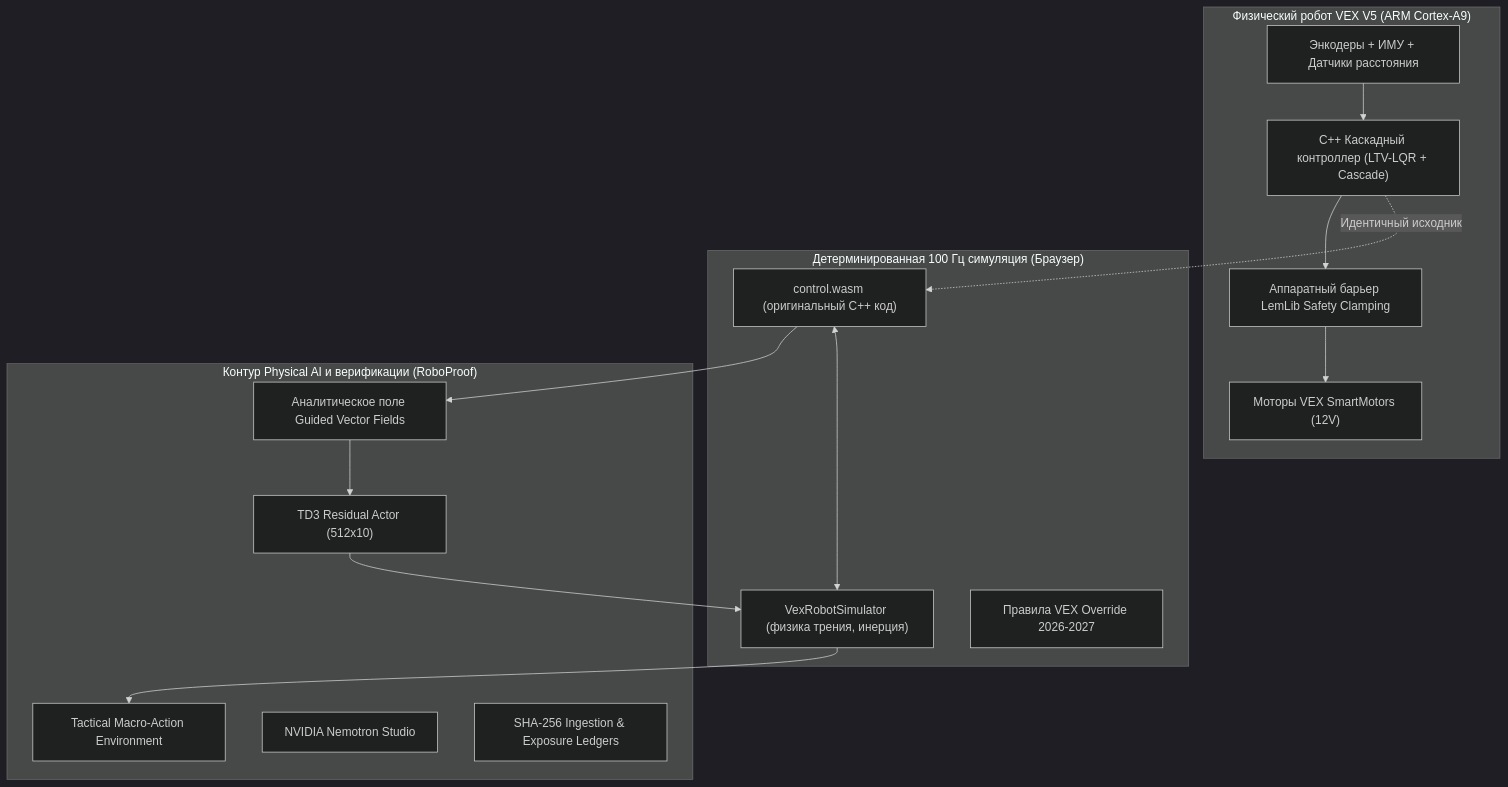
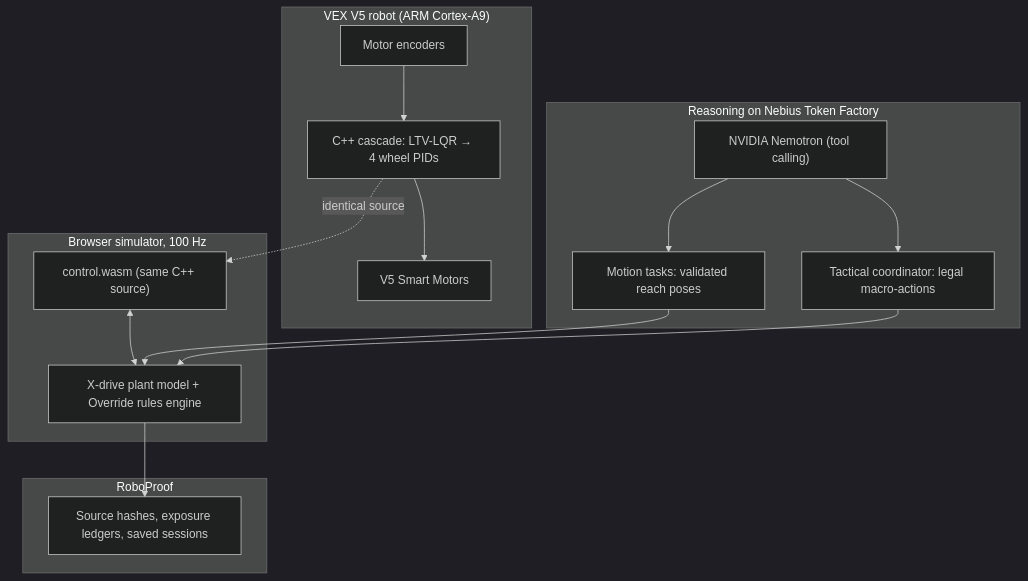
Before and after one commit to zhonibek/Nationals: the diagram in HACKATHON_POST.md, drawn with Mermaid (dark theme). The commit also changed other lines of this file and 12 other files, not shown here.

````diff
--- a/HACKATHON_POST.md
+++ b/HACKATHON_POST.md
@@ -24,31 +30,32 @@
 ```mermaid
 graph TD
-    subgraph RealRobot["Физический робот VEX V5 (ARM Cortex-A9)"]
-        Sensors["Энкодеры + ИМУ + Датчики расстояния"]
-        CppCore["C++ Каскадный контроллер (LTV-LQR + Cascade)"]
-        Motors["Моторы VEX SmartMotors (12V)"]
-        Safety["Аппаратный барьер LemLib Safety Clamping"]
-        Sensors --> CppCore --> Safety --> Motors
+    subgraph Robot["VEX V5 robot (ARM Cortex-A9)"]
+        Sensors["Motor encoders"]
+        Cpp["C++ cascade: LTV-LQR → 4 wheel PIDs"]
+        Motors["V5 Smart Motors"]
+        Sensors --> Cpp --> Motors
     end
 
-    subgraph DeterministicSim["Детерминированная 100 Гц симуляция (Браузер)"]
-        WASM["control.wasm (оригинальный C++ код)"]
-        Engine["VexRobotSimulator (физика трения, инерция)"]
-        Override["Правила VEX Override 2026-2027"]
-        Engine <--> WASM
+    subgraph Sim["Browser simulator, 100 Hz"]
+        WASM["control.wasm (same C++ source)"]
+        Engine["X-drive plant model + Override rules engine"]
+        WASM <--> Engine
     end
 
-    subgraph HybridAI["Контур Physical AI и верификации (RoboProof)"]
-        GVF["Аналитическое поле Guided Vector Fields"]
-        TD3["TD3 Residual Actor (512x10)"]
-        Tactical["Tactical Macro-Action Environment"]
-        Nemotron["NVIDIA Nemotron Studio"]
-        Provenance["SHA-256 Ingestion & Exposure Ledgers"]
+    subgraph AI["Reasoning on Nebius Token Factory"]
+        Nemotron["NVIDIA Nemotron (tool calling)"]
+        Tactics["Tactical coordinator: legal macro-actions"]
+        Motion["Motion tasks: validated reach poses"]
+        Nemotron --> Tactics
+        Nemotron --> Motion
     end
 
-    CppCore -. "Идентичный исходник" .-> WASM
-    WASM --> GVF
-    GVF --> TD3
-    TD3 --> Engine
-    Engine --> Tactical
+    subgraph Proof["RoboProof"]
+        Ledger["Source hashes, exposure ledgers, saved sessions"]
+    end
+
+    Cpp -. "identical source" .-> WASM
+    Motion --> Engine
+    Tactics --> Engine
+    Engine --> Ledger
 ```
````
